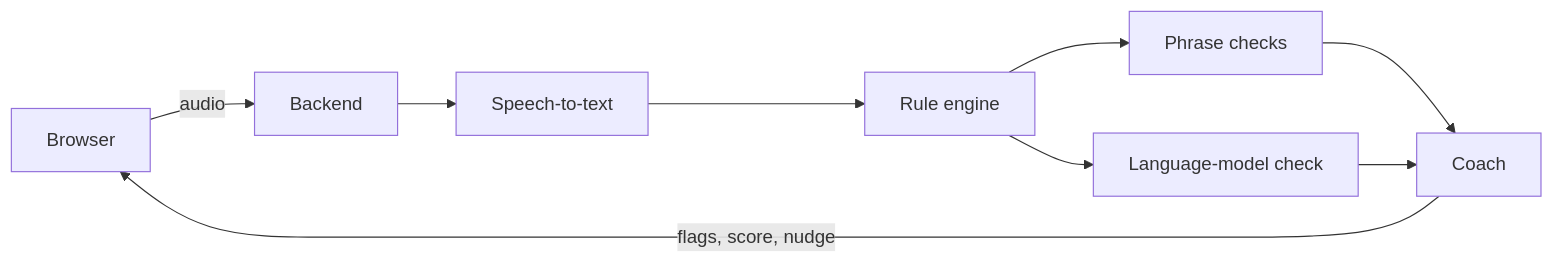
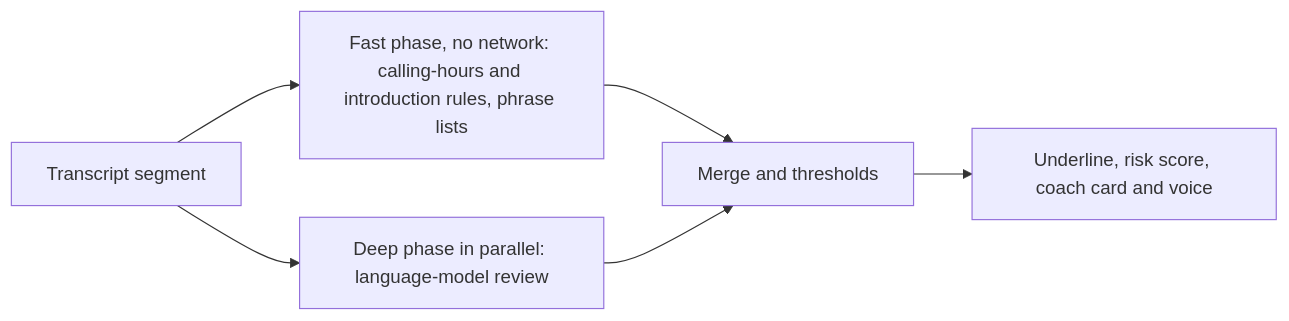
The second of 2 diagrams in README.md (vineet416/maryada-call-coach), drawn with Mermaid before and after one commit. The commit also changed other lines of this file and 1 other file, not shown here.

````diff
--- a/README.md
+++ b/README.md
@@ -29,11 +41,8 @@
 ```mermaid
 flowchart LR
-    B[Browser] -->|audio| S[Backend]
-    S --> T[Speech-to-text]
-    T --> R[Rule engine]
-    R --> P[Phrase checks]
-    R --> L[Language-model check]
-    P --> C[Coach]
-    L --> C
-    C -->|flags, score, nudge| B
+    T[Transcript segment] --> F[Fast phase, no network: calling-hours and introduction rules, phrase lists]
+    T --> D[Deep phase in parallel: language-model review]
+    F --> M[Merge and thresholds]
+    D --> M
+    M --> O[Underline, risk score, coach card and voice]
 ```
````
